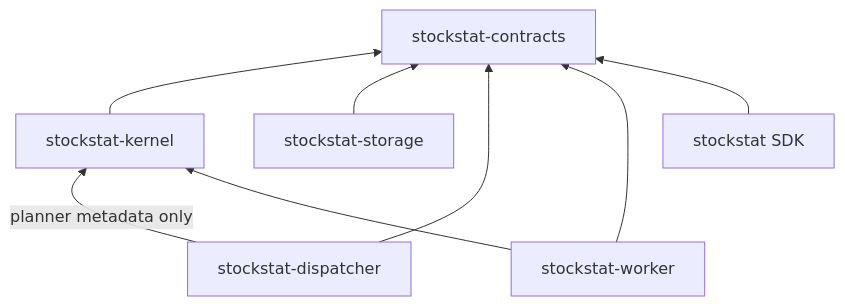
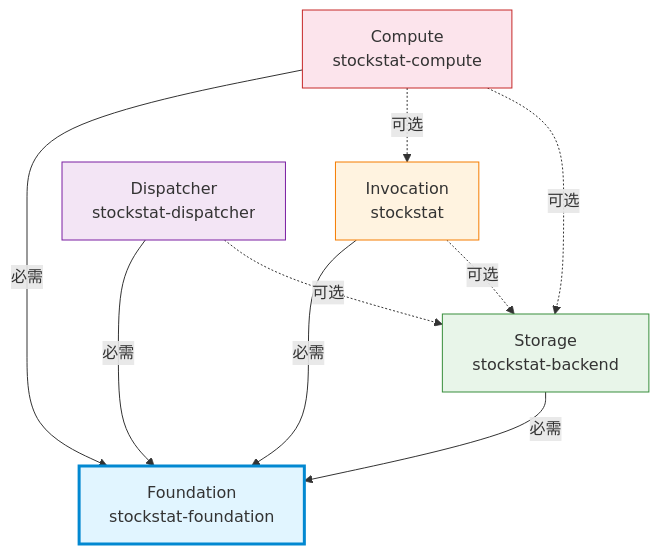
The fifth of 10 diagrams in V31design/designV31/DESIGN_ARCH_V31.md (RESBI/StockStatistic), drawn with Mermaid before and after one commit. The commit also changed other lines of this file and 27 other files, not shown here.

First line of the commit message:
Overwrite V31design with finalized V3.1 architecture docs + implementation reports

````diff
--- a/V31design/designV31/DESIGN_ARCH_V31.md
+++ b/V31design/designV31/DESIGN_ARCH_V31.md
@@ -220,11 +411,24 @@
 ```mermaid
-flowchart BT
-    C[stockstat-contracts]
-    K[stockstat-kernel] --> C
-    S[stockstat-storage] --> C
-    D[stockstat-dispatcher] --> C
-    D -->|planner metadata only| K
-    W[stockstat-worker] --> C
-    W --> K
-    SDK[stockstat SDK] --> C
+graph TB
+    F[Foundation<br/>stockstat-foundation]
+    I[Invocation<br/>stockstat]
+    D[Dispatcher<br/>stockstat-dispatcher]
+    S[Storage<br/>stockstat-backend]
+    C[Compute<br/>stockstat-compute]
+
+    I -->|必需| F
+    D -->|必需| F
+    S -->|必需| F
+    C -->|必需| F
+
+    C -.->|可选| I
+    D -.->|可选| S
+    I -.->|可选| S
+    C -.->|可选| S
+
+    style F fill:#e1f5ff,stroke:#0288d1,stroke-width:3px
+    style I fill:#fff3e0,stroke:#f57c00
+    style D fill:#f3e5f5,stroke:#7b1fa2
+    style S fill:#e8f5e9,stroke:#388e3c
+    style C fill:#fce4ec,stroke:#c62828
 ```
````
